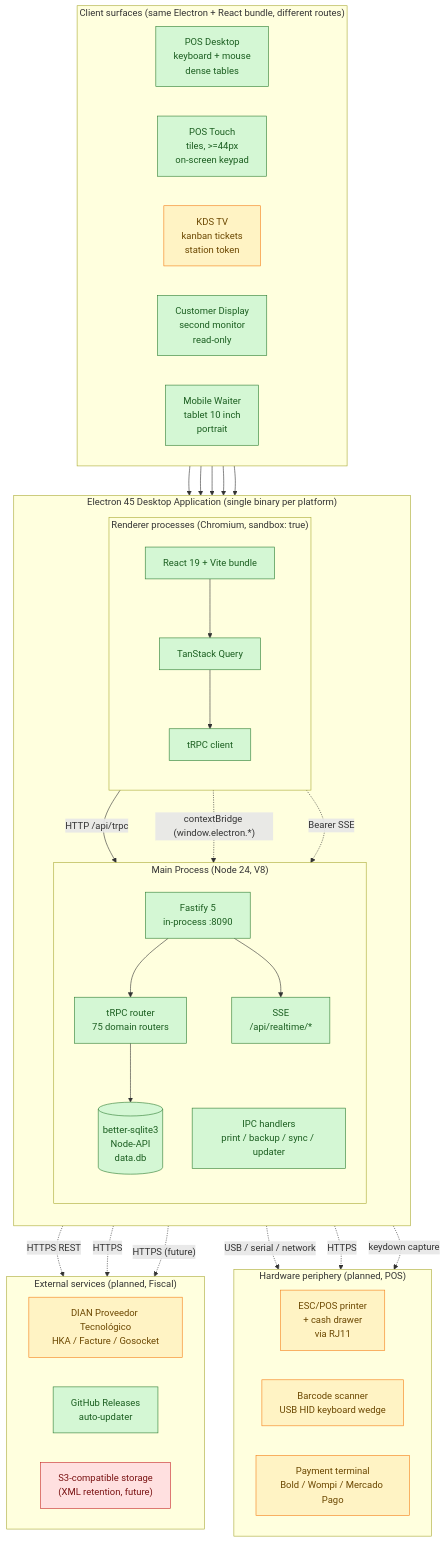
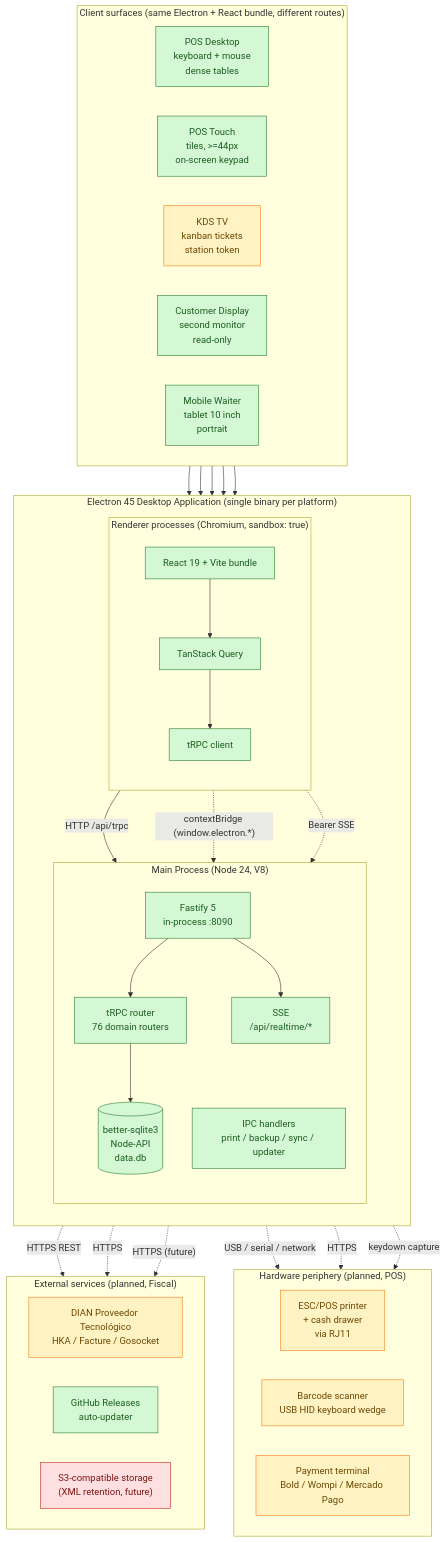
The diagram in docs/architecture.mmd (johnny4young/puntovivo), drawn with Mermaid before and after one commit. The commit also changed 41 other files, not shown here.

```diff
--- a/docs/architecture.mmd
+++ b/docs/architecture.mmd
@@ -1,81 +1,81 @@
 %% Puntovivo architecture — high-level process and client surface topology
 %% Render: pnpm dlx @mermaid-js/mermaid-cli -i docs/architecture.mmd -o docs/architecture.svg -b transparent
 %% The -b transparent flag is required: mermaid-cli defaults to a white page
 %% background, which regresses the diagram on dark-mode surfaces. The SVG
 %% root style must keep background-color: transparent after every re-render.
 %% Source of truth for the system diagram embedded in docs/ARCHITECTURE.md and README.md.
 
 flowchart TB
   subgraph Electron["Electron 45 Desktop Application (single binary per platform)"]
     direction TB
 
     subgraph Main["Main Process (Node 24, V8)"]
       direction TB
       F["Fastify 5<br/>in-process :8090"]
-      T["tRPC router<br/>75 domain routers"]
+      T["tRPC router<br/>76 domain routers"]
       DB[("better-sqlite3<br/>Node-API<br/>data.db")]
       IPC["IPC handlers<br/>print / backup / sync / updater"]
       SSE["SSE<br/>/api/realtime/*"]
       F --> T
       F --> SSE
       T --> DB
     end
 
     subgraph Renderer["Renderer processes (Chromium, sandbox: true)"]
       direction TB
       R["React 19 + Vite bundle"]
       Q["TanStack Query"]
       C["tRPC client"]
       R --> Q --> C
     end
 
     C -- "HTTP /api/trpc" --> F
     R -. "contextBridge (window.electron.*)" .-> IPC
     R -. "Bearer SSE" .-> SSE
   end
 
   subgraph Surfaces["Client surfaces (same Electron + React bundle, different routes)"]
     direction LR
     POSD["POS Desktop<br/>keyboard + mouse<br/>dense tables"]
     POST["POS Touch<br/>tiles, >=44px<br/>on-screen keypad"]
     KDS["KDS TV<br/>kanban tickets<br/>station token"]
     CUST["Customer Display<br/>second monitor<br/>read-only"]
     MOB["Mobile Waiter<br/>tablet 10 inch<br/>portrait"]
   end
 
   POSD --> Renderer
   POST --> Renderer
   KDS --> Renderer
   CUST --> Renderer
   MOB --> Renderer
 
   subgraph Peripherals["Hardware periphery (planned, POS)"]
     direction LR
     ESCP["ESC/POS printer<br/>+ cash drawer<br/>via RJ11"]
     SCAN["Barcode scanner<br/>USB HID keyboard wedge"]
     DAT["Payment terminal<br/>Bold / Wompi / Mercado Pago"]
   end
 
   IPC -. "USB / serial / network" .-> ESCP
   Renderer -. "keydown capture" .-> SCAN
   T -. "HTTPS" .-> DAT
 
   subgraph External["External services (planned, Fiscal)"]
     direction LR
     PT["DIAN Proveedor Tecnológico<br/>HKA / Facture / Gosocket"]
     UPD["GitHub Releases<br/>auto-updater"]
     S3["S3-compatible storage<br/>(XML retention, future)"]
   end
 
   T -. "HTTPS REST" .-> PT
   IPC -. "HTTPS" .-> UPD
   IPC -. "HTTPS (future)" .-> S3
 
   classDef shipped fill:#d4f7d4,stroke:#2e7d32,color:#1b5e20
   classDef planned fill:#fff3c4,stroke:#f57f17,color:#6b4700
   classDef future fill:#ffe0e0,stroke:#c62828,color:#7a1313
 
   class F,T,DB,IPC,SSE,R,Q,C,POSD,UPD shipped
   class POST,MOB,CUST shipped
   class KDS,ESCP,SCAN,DAT,PT planned
   class S3 future
```
